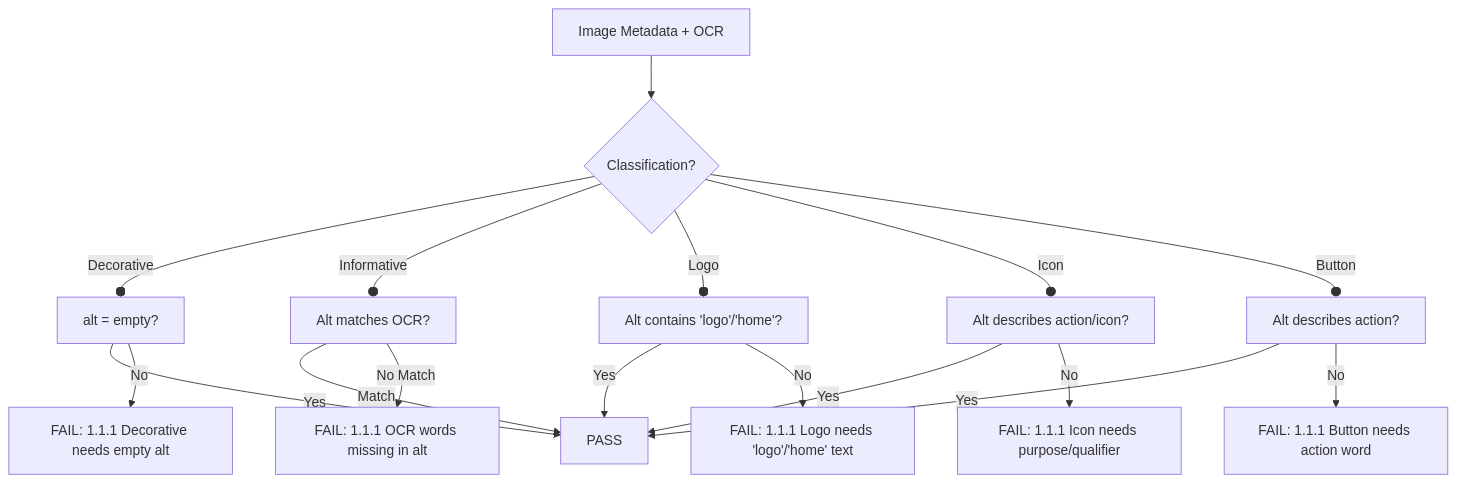
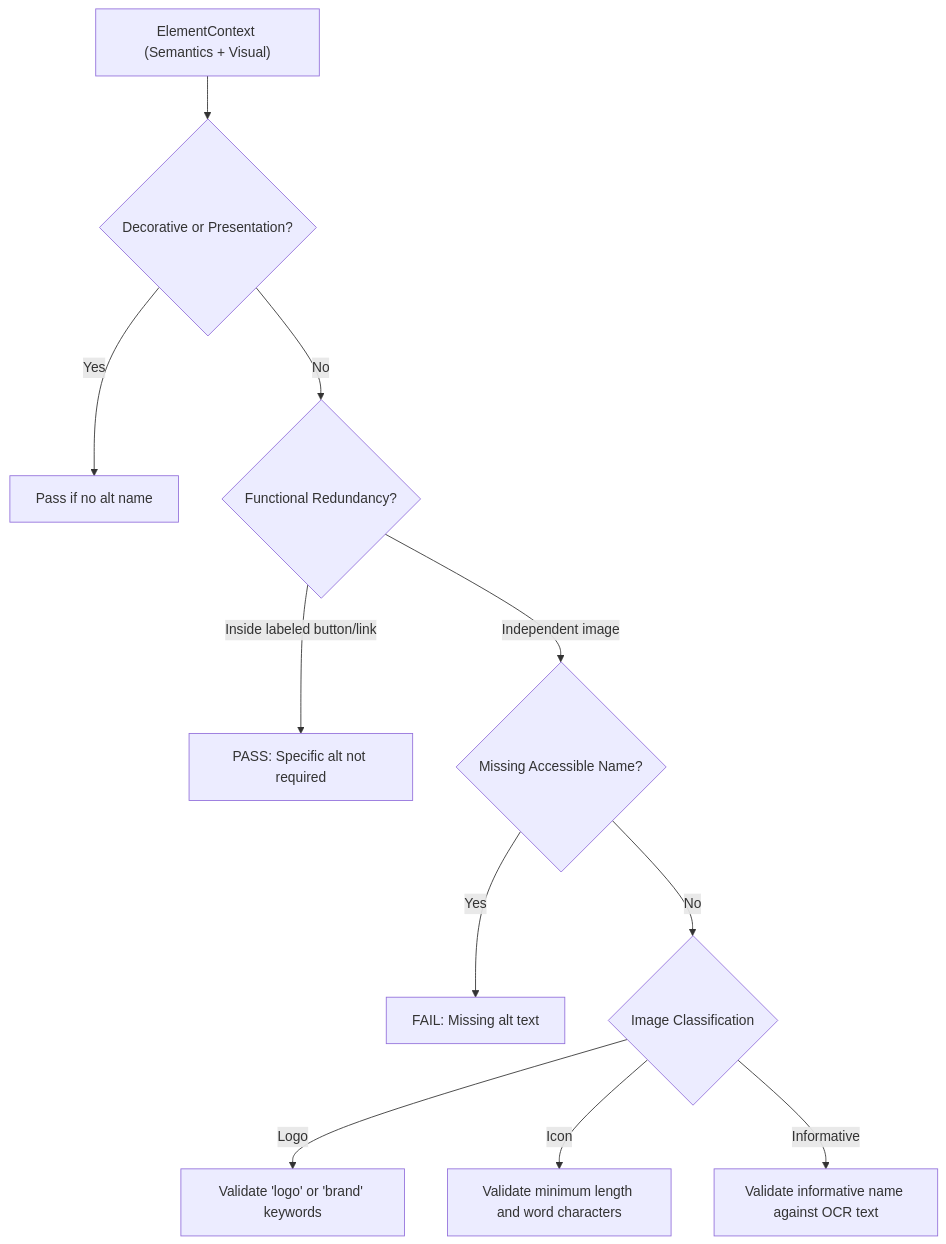
The second of 18 diagrams in ka11y-docs/internals/python-rules-flow-analysis.mdx (Sanjaypranavbc/ka11y), drawn with Mermaid before and after one commit. The commit also changed other lines of this file and 2 other files, not shown here.

Commit message:
major bug fixed #2 VISUAL ELEMENTS ,

````diff
--- a/ka11y-docs/internals/python-rules-flow-analysis.mdx
+++ b/ka11y-docs/internals/python-rules-flow-analysis.mdx
@@ -141,24 +71,16 @@
 ```mermaid
 flowchart TD
-    START["Image Metadata + OCR"] --> CLASS{"Classification?"}
-    CLASS -- Decorative --o DEC["alt = empty?"]
-    CLASS -- Informative --o INF["Alt matches OCR?"]
-    CLASS -- Logo --o LOG["Alt contains 'logo'/'home'?"]
-    CLASS -- Icon --o ICO["Alt describes action/icon?"]
-    CLASS -- Button --o BTN["Alt describes action?"]
+    START["ElementContext (Semantics + Visual)"] --> EX{"Decorative or Presentation?"}
+    EX -- Yes --> PASS_DEC["Pass if no alt name"]
+    EX -- No --> FR{"Functional Redundancy?"}
     
-    DEC -- Yes --> PASS["PASS"]
-    DEC -- No --> FAIL1["FAIL: 1.1.1 Decorative needs empty alt"]
+    FR -- "Inside labeled button/link" --> PASS_FR["PASS: Specific alt not required"]
+    FR -- "Independent image" --> NM{"Missing Accessible Name?"}
     
-    INF -- Match --> PASS
-    INF -- No Match --> FAIL2["FAIL: 1.1.1 OCR words missing in alt"]
+    NM -- Yes --> FAIL["FAIL: Missing alt text"]
+    NM -- No --> CLASS{"Image Classification"}
     
-    LOG -- Yes --> PASS
-    LOG -- No --> FAIL3["FAIL: 1.1.1 Logo needs 'logo'/'home' text"]
-    
-    ICO -- Yes --> PASS
-    ICO -- No --> FAIL4["FAIL: 1.1.1 Icon needs purpose/qualifier"]
-    
-    BTN -- Yes --> PASS
-    BTN -- No --> FAIL5["FAIL: 1.1.1 Button needs action word"]
+    CLASS -- Logo --> LOG["Validate 'logo' or 'brand' keywords"]
+    CLASS -- Icon --> ICO["Validate minimum length and word characters"]
+    CLASS -- Informative --> INF["Validate informative name against OCR text"]
 ```
````
